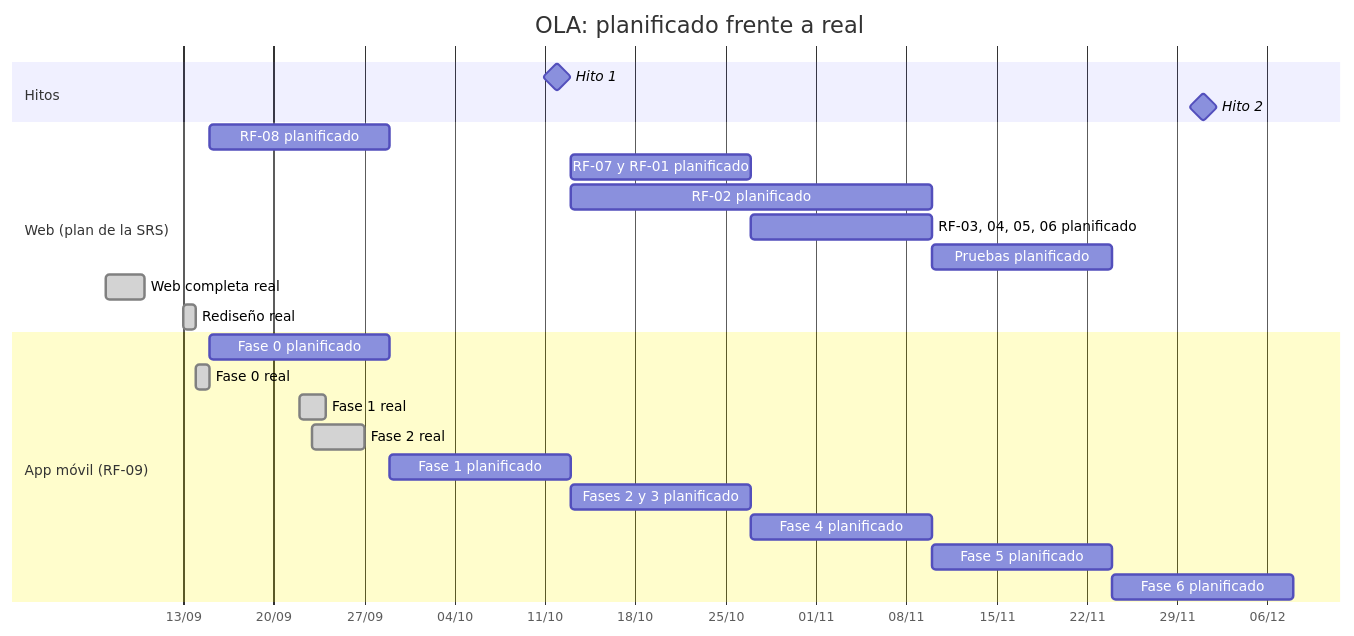
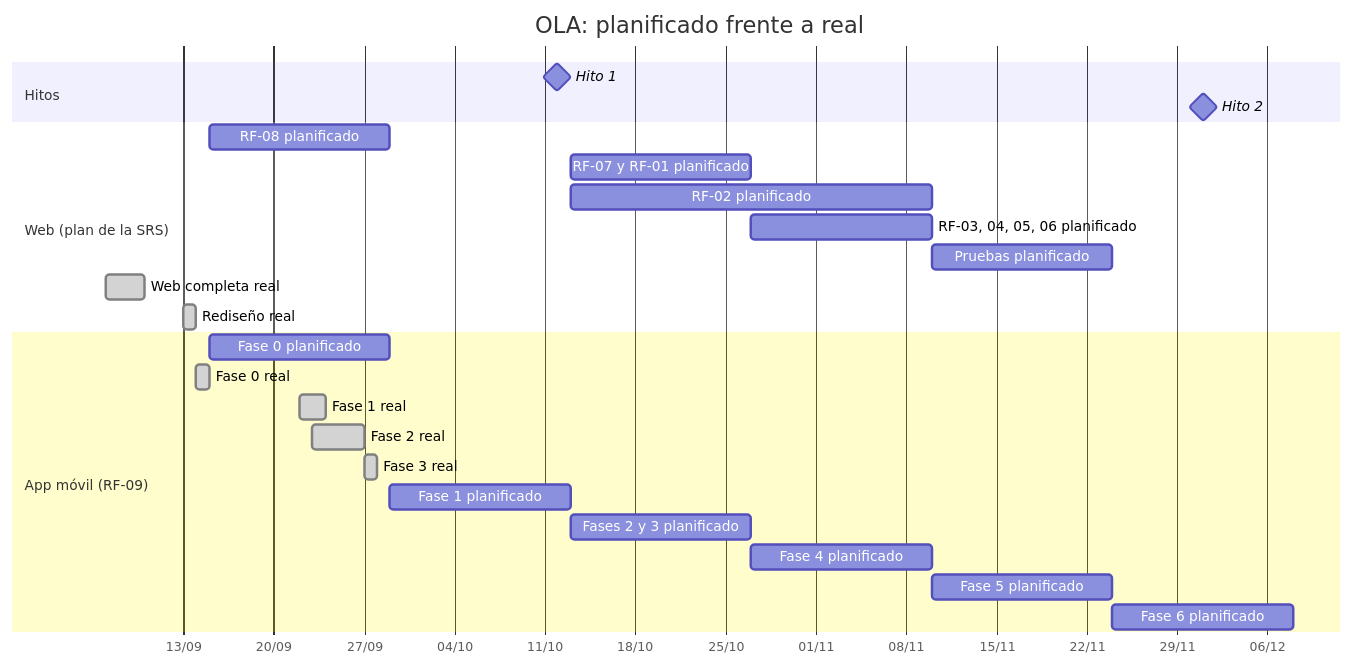
The diagram in docs/calidad.md (Miguel777-rgb/Proyecto_Calidad_de_Software), drawn with Mermaid before and after one commit. The commit also changed other lines of this file and 9 other files, not shown here.

````diff
--- a/docs/calidad.md
+++ b/docs/calidad.md
@@ -473,30 +539,31 @@
 ```mermaid
 gantt
   title OLA: planificado frente a real
   dateFormat YYYY-MM-DD
   axisFormat %d/%m
 
   section Hitos
   Hito 1                      :milestone, 2026-10-12, 0d
   Hito 2                      :milestone, 2026-12-01, 0d
 
   section Web (plan de la SRS)
   RF-08 planificado           :2026-09-15, 14d
   RF-07 y RF-01 planificado   :2026-10-13, 14d
   RF-02 planificado           :2026-10-13, 28d
   RF-03, 04, 05, 06 planificado :2026-10-27, 14d
   Pruebas planificado         :2026-11-10, 14d
   Web completa real           :done, 2026-09-07, 2026-09-10
   Rediseño real               :done, 2026-09-13, 1d
 
   section App móvil (RF-09)
   Fase 0 planificado          :2026-09-15, 14d
   Fase 0 real                 :done, 2026-09-14, 1d
   Fase 1 real                 :done, 2026-09-22, 2d
   Fase 2 real                 :done, 2026-09-23, 2026-09-27
+  Fase 3 real                 :done, 2026-09-27, 2026-09-28
   Fase 1 planificado          :2026-09-29, 14d
   Fases 2 y 3 planificado     :2026-10-13, 14d
   Fase 4 planificado          :2026-10-27, 14d
   Fase 5 planificado          :2026-11-10, 14d
   Fase 6 planificado          :2026-11-24, 14d
 ```
````
